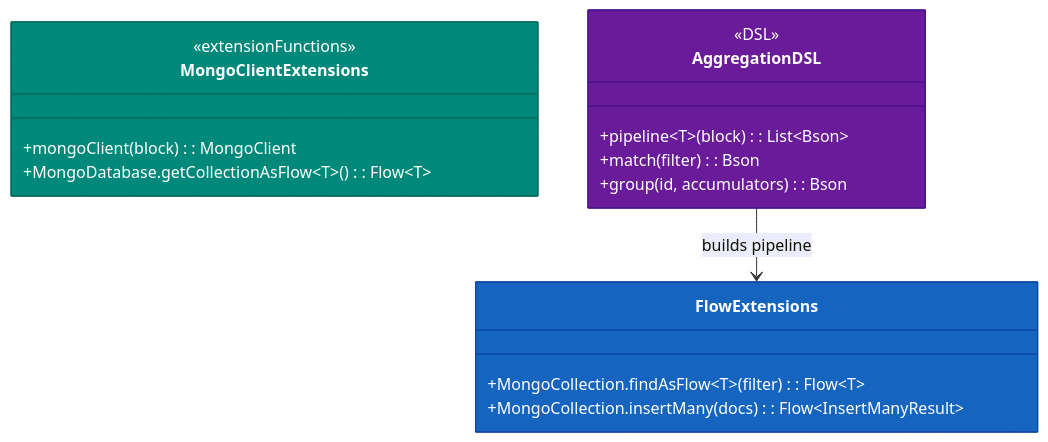
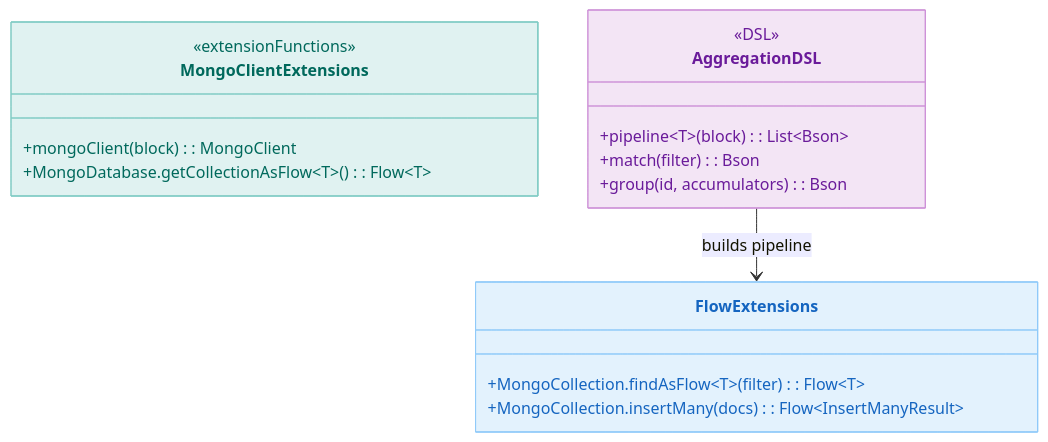
One commit to bluetape4k/bluetape4k-projects changed the first of 3 diagrams in data/mongodb/README.ko.md. Above: the diagram before and after it, drawn with Mermaid. The commit also changed other lines of this file and 219 other files, not shown here.

First line of the commit message:
docs: 전체 README Mermaid 다이어그램 가이드 적용

````diff
--- a/data/mongodb/README.ko.md
+++ b/data/mongodb/README.ko.md
@@ -180,24 +180,24 @@
 ```mermaid
 classDiagram
     direction TB
     class MongoClientExtensions {
         <<extensionFunctions>>
         +mongoClient(block): MongoClient
         +MongoDatabase.getCollectionAsFlow~T~(): Flow~T~
     }
     class AggregationDSL {
         <<DSL>>
         +pipeline~T~(block): List~Bson~
         +match(filter): Bson
         +group(id, accumulators): Bson
     }
     class FlowExtensions {
         +MongoCollection.findAsFlow~T~(filter): Flow~T~
         +MongoCollection.insertMany(docs): Flow~InsertManyResult~
     }
     AggregationDSL --> FlowExtensions : builds pipeline
 
-    style MongoClientExtensions fill:#00897B,stroke:#00695C,color:#FFFFFF
-    style AggregationDSL fill:#6A1B9A,stroke:#4A148C,color:#FFFFFF
-    style FlowExtensions fill:#1565C0,stroke:#0D47A1,color:#FFFFFF
+    style MongoClientExtensions fill:#E0F2F1,stroke:#80CBC4,color:#00695C
+    style AggregationDSL fill:#F3E5F5,stroke:#CE93D8,color:#6A1B9A
+    style FlowExtensions fill:#E3F2FD,stroke:#90CAF9,color:#1565C0
 ```
````
